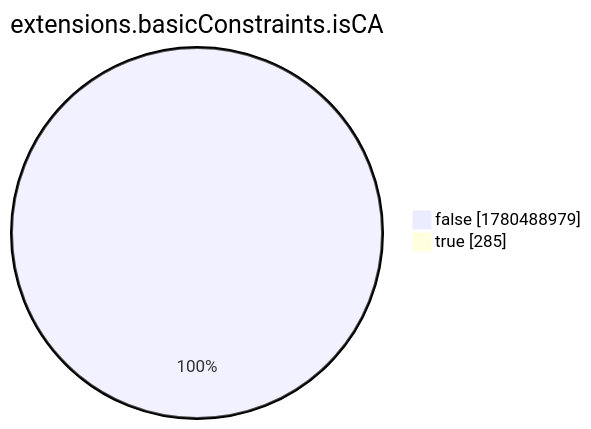
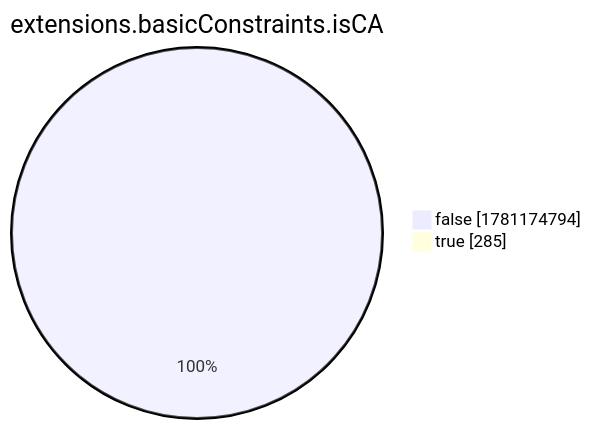
One commit to christiankrug/ctmonitor_visualization changed the eighth of 15 diagrams in xenon2022/README.md. Above: the diagram before and after it, drawn with Mermaid. The commit also changed other lines of this file, not shown here.

````diff
--- a/xenon2022/README.md
+++ b/xenon2022/README.md
@@ -2868,6 +2868,6 @@
 ```mermaid
 pie showData
 title extensions.basicConstraints.isCA
-"false" :1780488979
+"false" :1781174794
 "true" :285
 ```
````
